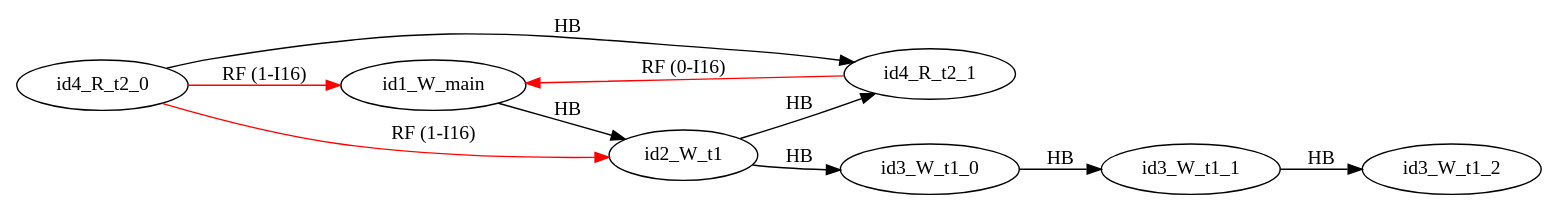
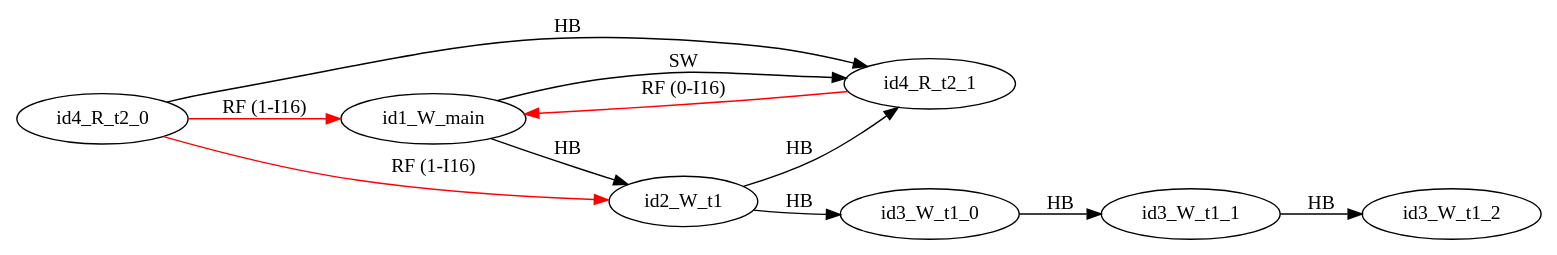
One commit to FMJS/EMME changed the diagram in examples/single_var/sv_simple16/mm2.dot. Above: the diagram before and after it, drawn with Graphviz. The commit also changed 56 other files, not shown here.

```diff
--- a/examples/single_var/sv_simple16/mm2.dot
+++ b/examples/single_var/sv_simple16/mm2.dot
@@ -1,20 +1,21 @@
 digraph memory_model {
 rankdir=LR;
 splines=true; esep=0.5;
 id4_R_t2_0 -> id1_W_main [label = "RF (1-I16)", color="red"];
 id4_R_t2_0 -> id2_W_t1 [label = "RF (1-I16)", color="red"];
 id4_R_t2_1 -> id1_W_main [label = "RF (0-I16)", color="red"];
 id2_W_t1 -> id3_W_t1_0 [label = "HB", color="black"];
 id3_W_t1_0 -> id3_W_t1_1 [label = "HB", color="black"];
 id3_W_t1_1 -> id3_W_t1_2 [label = "HB", color="black"];
 id4_R_t2_0 -> id4_R_t2_1 [label = "HB", color="black"];
 id1_W_main -> id2_W_t1 [label = "HB", color="black"];
 id2_W_t1 -> id4_R_t2_1 [label = "HB", color="black"];
+id1_W_main -> id4_R_t2_1 [label = "SW", color="black"];
 id1_W_main [pos="2.5,8!"]
 id2_W_t1 [pos="0,6!"]
 id3_W_t1_0 [pos="0,4!"]
 id3_W_t1_1 [pos="0,2!"]
 id3_W_t1_2 [pos="0,0!"]
 id4_R_t2_0 [pos="5,6!"]
 id4_R_t2_1 [pos="5,4!"]
 }
```
